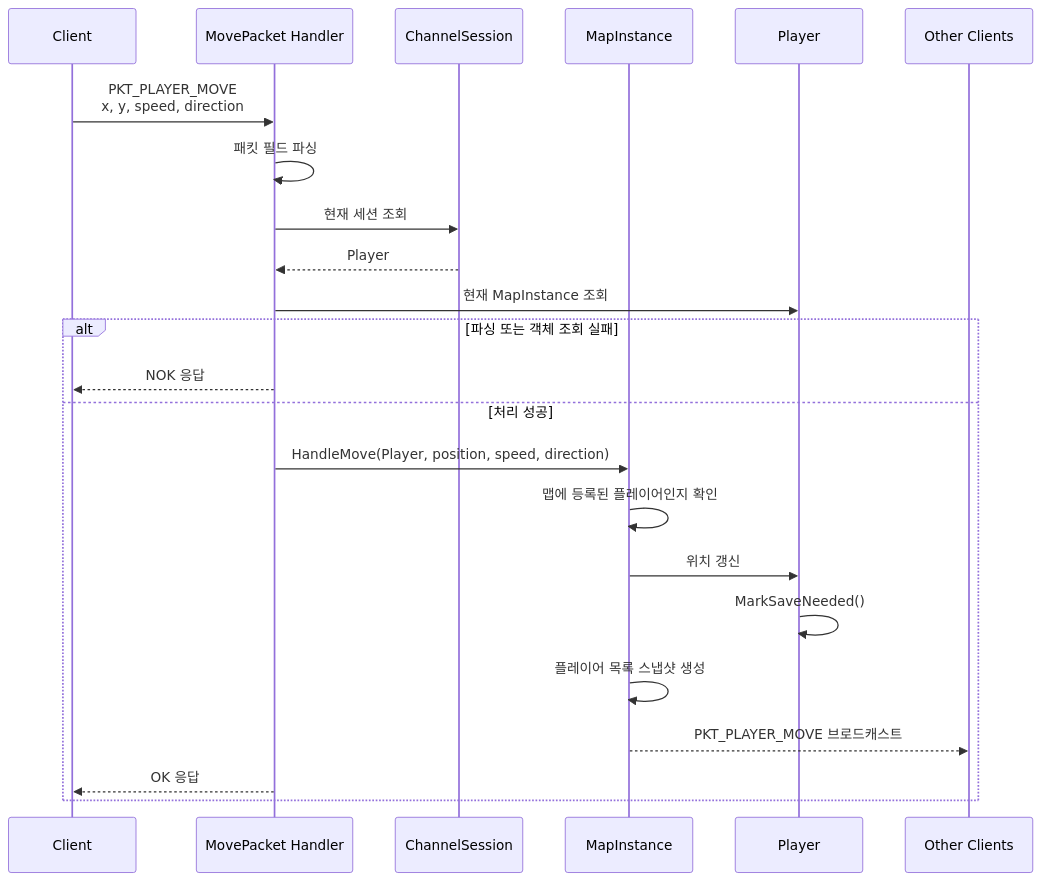
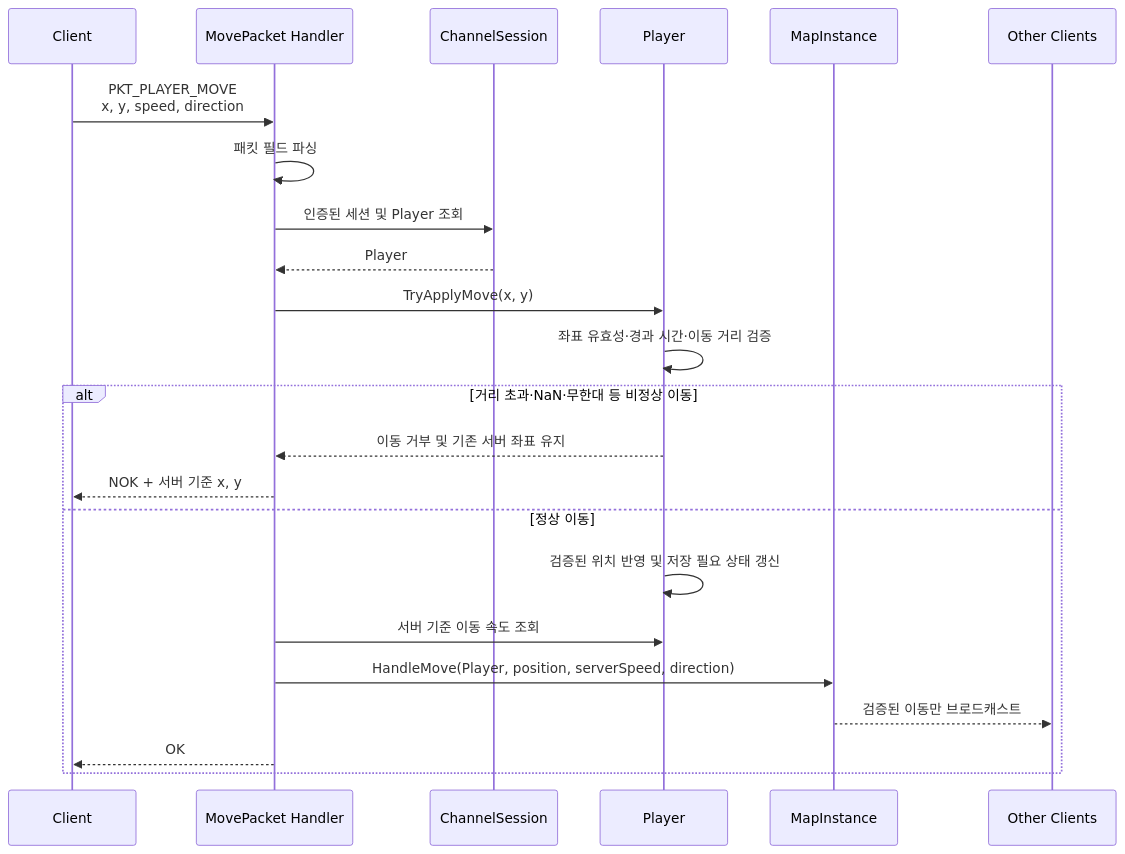
One commit to LL2Games/LL2Games_RPG_Server changed the second of 4 diagrams in README.md. Above: the diagram before and after it, drawn with Mermaid. The commit also changed other lines of this file and 2 other files, not shown here.

````diff
--- a/README.md
+++ b/README.md
@@ -435,27 +446,27 @@
 ```mermaid
 sequenceDiagram
     participant C as Client
     participant H as MovePacket Handler
     participant S as ChannelSession
+    participant P as Player
     participant M as MapInstance
-    participant P as Player
     participant O as Other Clients
 
     C->>H: PKT_PLAYER_MOVE<br/>x, y, speed, direction
     H->>H: 패킷 필드 파싱
-    H->>S: 현재 세션 조회
+    H->>S: 인증된 세션 및 Player 조회
     S-->>H: Player
-    H->>P: 현재 MapInstance 조회
+    H->>P: TryApplyMove(x, y)
+    P->>P: 좌표 유효성·경과 시간·이동 거리 검증
 
-    alt 파싱 또는 객체 조회 실패
-        H-->>C: NOK 응답
-    else 처리 성공
-        H->>M: HandleMove(Player, position, speed, direction)
-        M->>M: 맵에 등록된 플레이어인지 확인
-        M->>P: 위치 갱신
-        P->>P: MarkSaveNeeded()
-        M->>M: 플레이어 목록 스냅샷 생성
-        M-->>O: PKT_PLAYER_MOVE 브로드캐스트
-        H-->>C: OK 응답
+    alt 거리 초과·NaN·무한대 등 비정상 이동
+        P-->>H: 이동 거부 및 기존 서버 좌표 유지
+        H-->>C: NOK + 서버 기준 x, y
+    else 정상 이동
+        P->>P: 검증된 위치 반영 및 저장 필요 상태 갱신
+        H->>P: 서버 기준 이동 속도 조회
+        H->>M: HandleMove(Player, position, serverSpeed, direction)
+        M-->>O: 검증된 이동만 브로드캐스트
+        H-->>C: OK
     end
 ```
````
